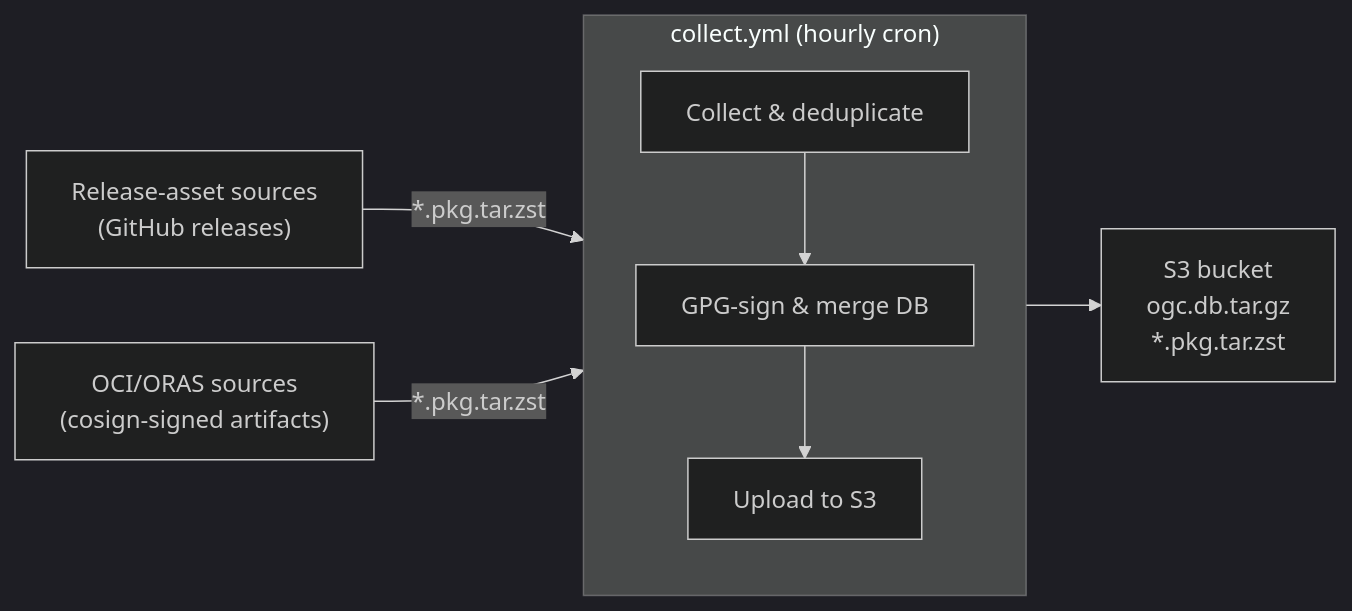
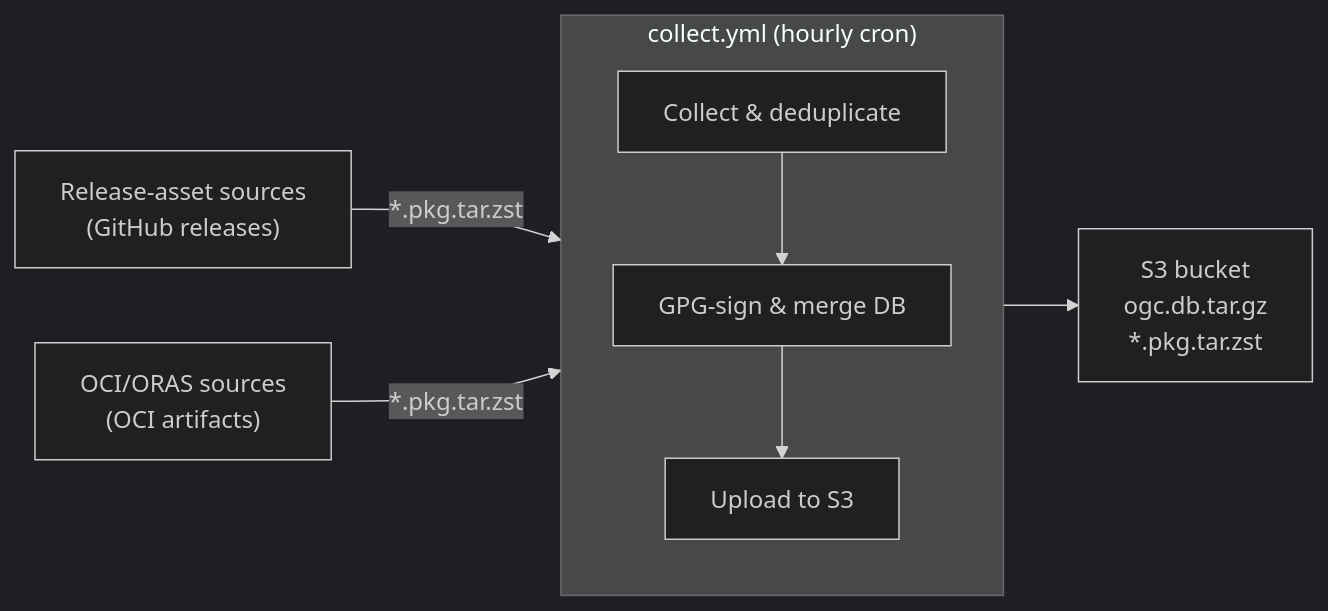
Before and after one commit to ayush123460/ogc-arch-packaging-repo: the diagram in README.md, drawn with Mermaid (dark theme). The commit also changed other lines of this file and 3 other files, not shown here.

````diff
--- a/README.md
+++ b/README.md
@@ -79,12 +78,12 @@
 ```mermaid
 flowchart LR
     RA["Release-asset sources<br/>(GitHub releases)"] -->|"*.pkg.tar.zst"| WF
-    OCI["OCI/ORAS sources<br/>(cosign-signed artifacts)"] -->|"*.pkg.tar.zst"| WF
+    OCI["OCI/ORAS sources<br/>(OCI artifacts)"] -->|"*.pkg.tar.zst"| WF
 
     subgraph WF["collect.yml (hourly cron)"]
         direction TB
         W1["Collect & deduplicate"] --> W2["GPG-sign & merge DB"] --> W3["Upload to S3"]
     end
 
     WF --> S3["S3 bucket<br/>ogc.db.tar.gz<br/>*.pkg.tar.zst"]
 ```
````
